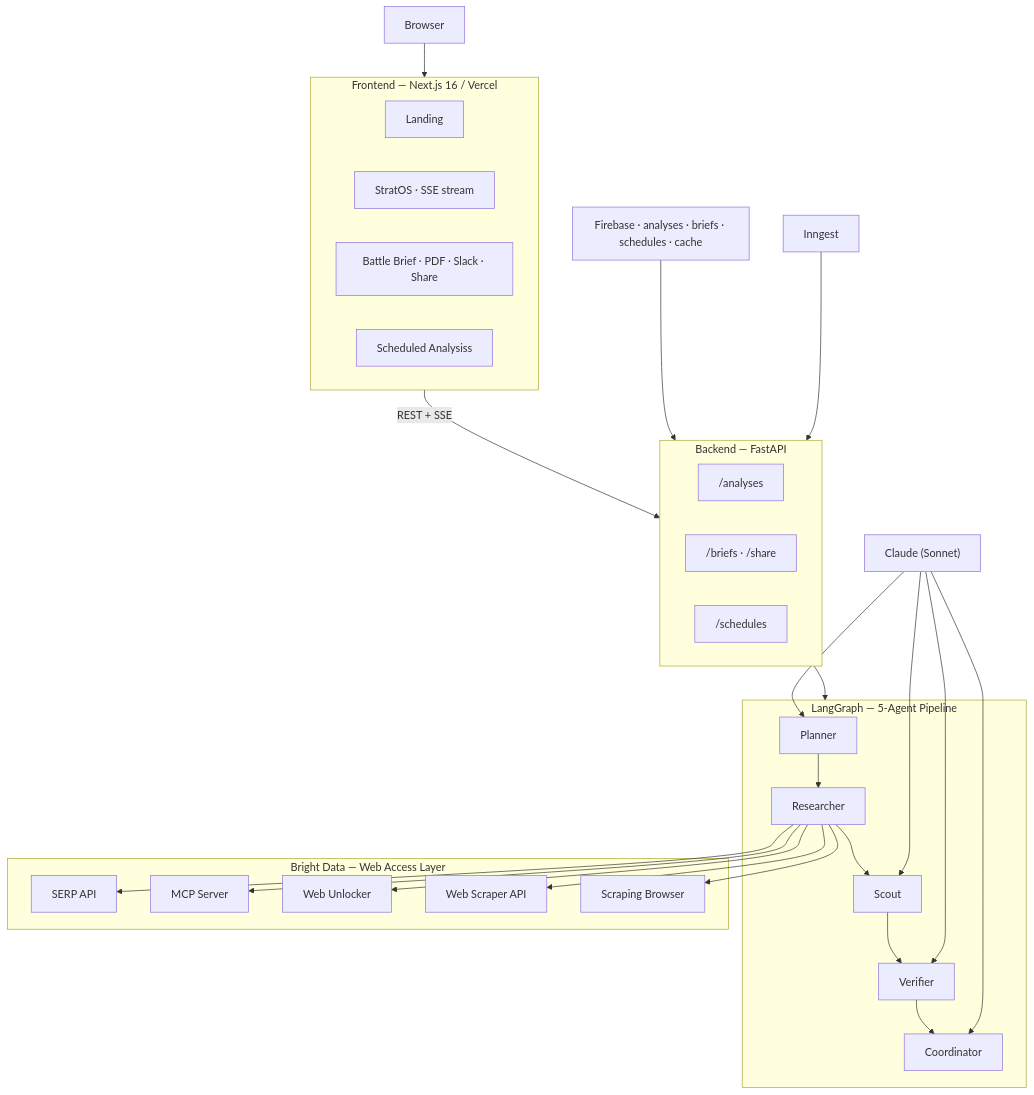
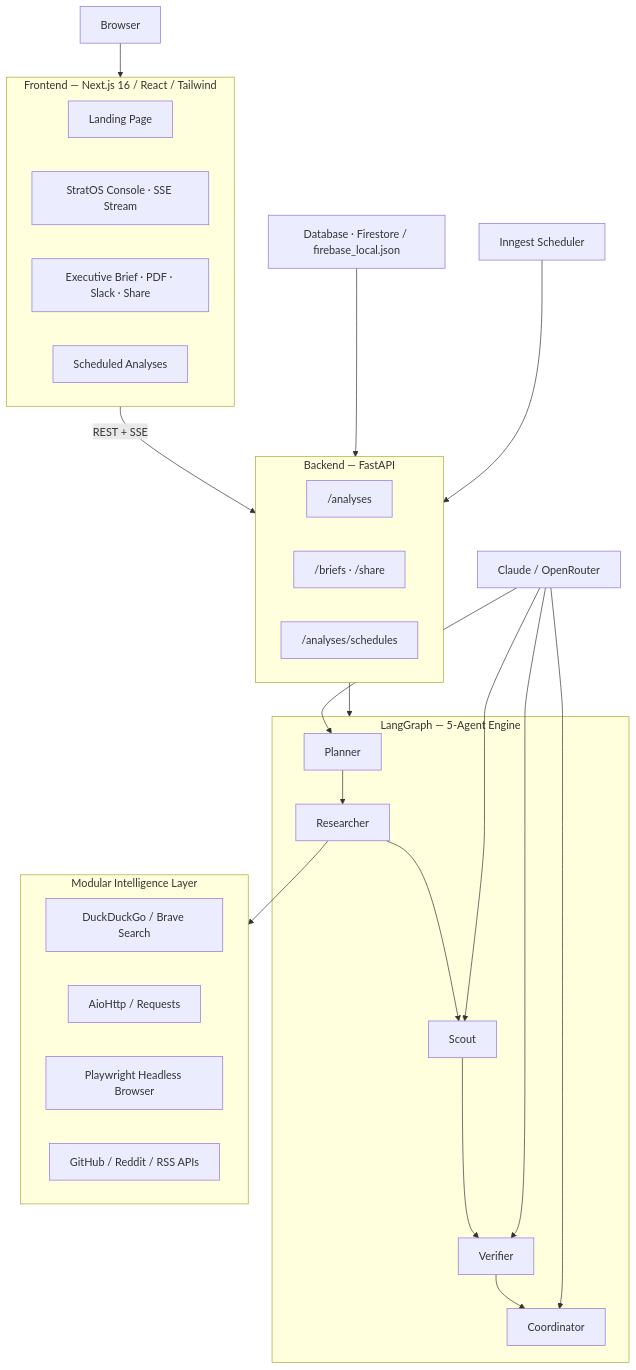
Before and after one commit to pranav-bhagath19/StratOS-AI: the second of 2 diagrams in README.md, drawn with Mermaid. The commit also changed other lines of this file, not shown here.

Commit message:
docs: update README to reflect transition to provider-agnostic modular intelligence tools and OpenRouter integration

````diff
--- a/README.md
+++ b/README.md
@@ -238,31 +231,30 @@
 ```mermaid
 flowchart TD
     User["Browser"] --> Web
-    subgraph Web["Frontend — Next.js 16 / Vercel"]
-        Landing["Landing"]
-        Console["StratOS · SSE stream"]
-        Brief["Battle Brief · PDF · Slack · Share"]
-        Schedules["Scheduled Analysiss"]
+    subgraph Web["Frontend — Next.js 16 / React / Tailwind"]
+        Landing["Landing Page"]
+        Console["StratOS Console · SSE Stream"]
+        Brief["Executive Brief · PDF · Slack · Share"]
+        Schedules["Scheduled Analyses"]
     end
     Web -- "REST + SSE" --> API
     subgraph API["Backend — FastAPI"]
         AnalysissR["/analyses"]
         BriefsR["/briefs · /share"]
-        SchedulesR["/schedules"]
+        SchedulesR["/analyses/schedules"]
     end
     API --> Graph
-    subgraph Graph["LangGraph — 5-Agent Pipeline"]
+    subgraph Graph["LangGraph — 5-Agent Engine"]
         P["Planner"] --> R["Researcher"] --> Sk["Scout"] --> V["Verifier"] --> C["Coordinator"]
     end
-    subgraph BD["Bright Data — Web Access Layer"]
-        SERP["SERP API"]
-        MCP["MCP Server"]
-        WU["Web Unlocker"]
-        WSA["Web Scraper API"]
-        SB["Scraping Browser"]
+    subgraph ProviderLayer["Modular Intelligence Layer"]
+        DDG["DuckDuckGo / Brave Search"]
+        HTTP["AioHttp / Requests"]
+        PW["Playwright Headless Browser"]
+        APIs["GitHub / Reddit / RSS APIs"]
     end
-    R --> SERP & MCP & WU & WSA & SB
-    Claude["Claude (Sonnet)"] --> P & Sk & V & C
-    DB["Firebase · analyses · briefs · schedules · cache"] --> API
-    Inngest["Inngest"] --> API
+    R --> ProviderLayer
+    LLM["Claude / OpenRouter"] --> P & Sk & V & C
+    DB["Database · Firestore / firebase_local.json"] --> API
+    Inngest["Inngest Scheduler"] --> API
 ```
````
